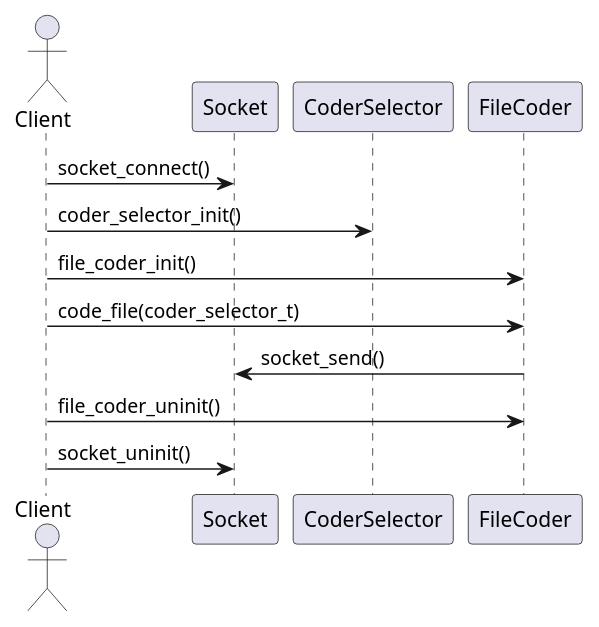
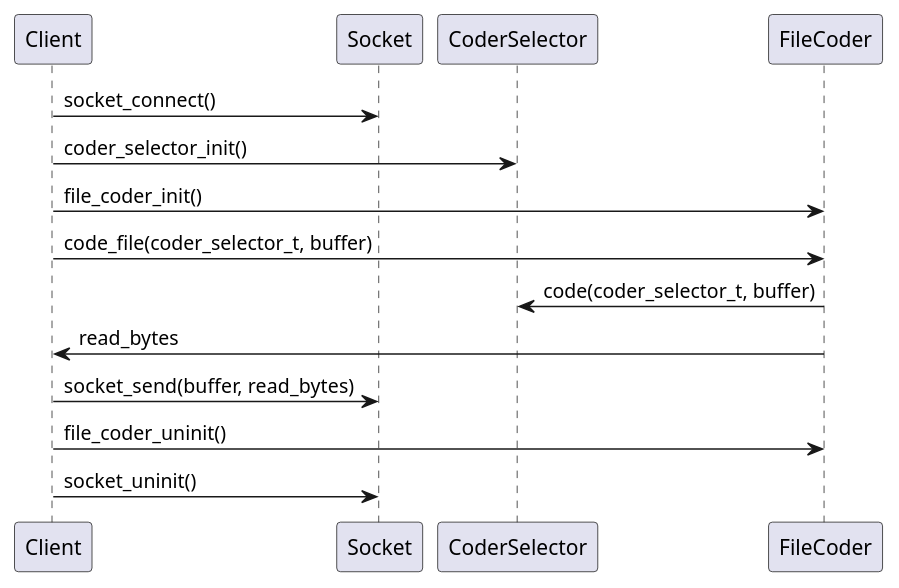
Before and after one commit to azulzaietz/TP1-Taller_de_programacion-Cryptosockets: the second of 2 diagrams in README.md, drawn with PlantUML. The commit also changed other lines of this file, not shown here.

Commit message:
informe y diagramas secuencia

````diff
--- a/README.md
+++ b/README.md
@@ -18,13 +53,14 @@
 ```plantuml
 @startuml
-    actor Client
     Client -> Socket : socket_connect()
     Client -> CoderSelector : coder_selector_init()
     Client -> FileCoder : file_coder_init()
-    Client -> FileCoder: code_file(coder_selector_t)
-    FileCoder -> Socket : socket_send()
+    Client -> FileCoder: code_file(coder_selector_t, buffer)
+    FileCoder -> CoderSelector : code(coder_selector_t, buffer)
+    FileCoder -> Client : read_bytes
+    Client -> Socket : socket_send(buffer, read_bytes)
     Client -> FileCoder : file_coder_uninit()
     Client -> Socket : socket_uninit()
     
 @enduml
 ```
````
